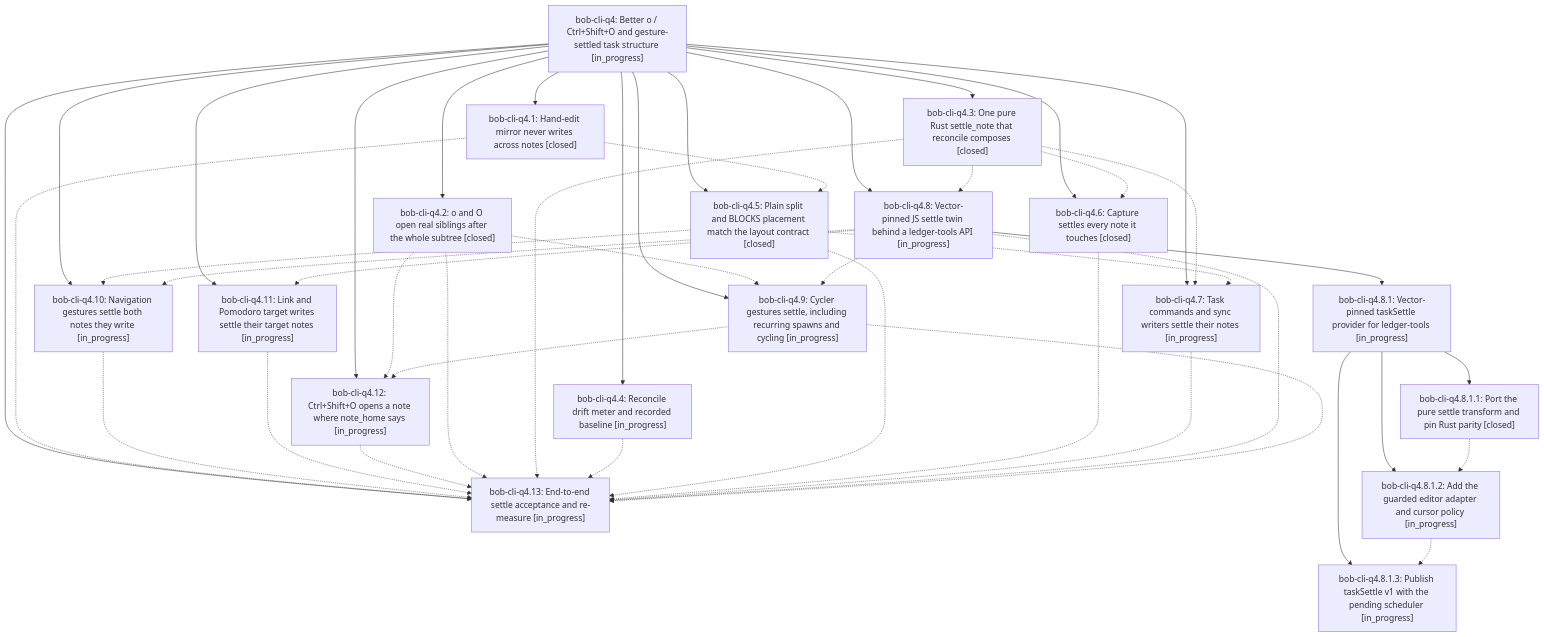
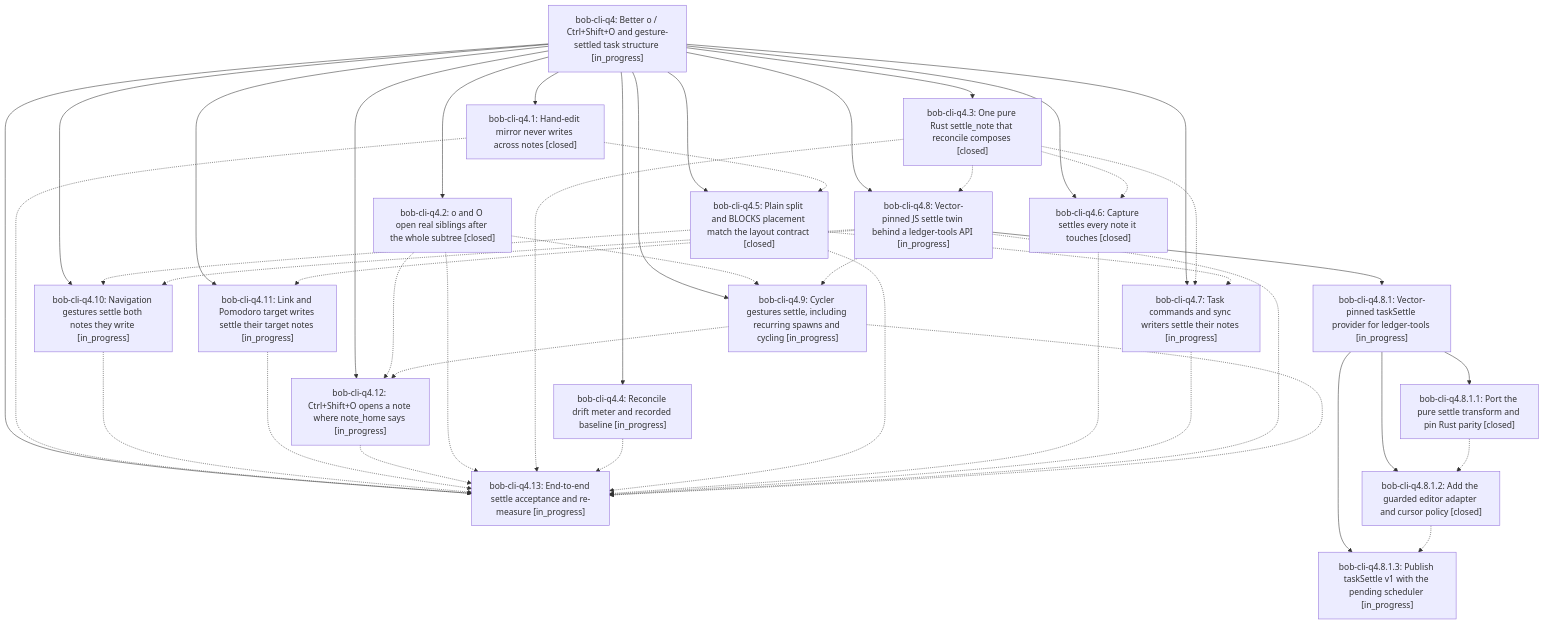
Before and after one commit to bobs-org/bob-cli--beads: the diagram in pages/bob-cli-q4/README.md, drawn with Mermaid. The commit also changed other lines of this file and 4 other files, not shown here.

First line of the commit message:
chore(beads): sync bead state and pages for bob-cli-q4

````diff
--- a/pages/bob-cli-q4/README.md
+++ b/pages/bob-cli-q4/README.md
@@ -48,64 +48,64 @@
 ```mermaid
 flowchart TD
     n0["bob-cli-q4: Better o / Ctrl+Shift+O and gesture-settled task structure [in_progress]"]
     n1["bob-cli-q4.1: Hand-edit mirror never writes across notes [closed]"]
     n2["bob-cli-q4.10: Navigation gestures settle both notes they write [in_progress]"]
     n3["bob-cli-q4.11: Link and Pomodoro target writes settle their target notes [in_progress]"]
     n4["bob-cli-q4.12: Ctrl+Shift+O opens a note where note_home says [in_progress]"]
     n5["bob-cli-q4.13: End-to-end settle acceptance and re-measure [in_progress]"]
     n6["bob-cli-q4.2: o and O open real siblings after the whole subtree [closed]"]
     n7["bob-cli-q4.3: One pure Rust settle_note that reconcile composes [closed]"]
     n8["bob-cli-q4.4: Reconcile drift meter and recorded baseline [in_progress]"]
     n9["bob-cli-q4.5: Plain split and BLOCKS placement match the layout contract [closed]"]
     n10["bob-cli-q4.6: Capture settles every note it touches [closed]"]
     n11["bob-cli-q4.7: Task commands and sync writers settle their notes [in_progress]"]
     n12["bob-cli-q4.8: Vector-pinned JS settle twin behind a ledger-tools API [in_progress]"]
     n13["bob-cli-q4.8.1: Vector-pinned taskSettle provider for ledger-tools [in_progress]"]
     n14["bob-cli-q4.8.1.1: Port the pure settle transform and pin Rust parity [closed]"]
-    n15["bob-cli-q4.8.1.2: Add the guarded editor adapter and cursor policy [in_progress]"]
+    n15["bob-cli-q4.8.1.2: Add the guarded editor adapter and cursor policy [closed]"]
     n16["bob-cli-q4.8.1.3: Publish taskSettle v1 with the pending scheduler [in_progress]"]
     n17["bob-cli-q4.9: Cycler gestures settle, including recurring spawns and cycling [in_progress]"]
     n0 --> n1
     n0 --> n2
     n0 --> n3
     n0 --> n4
     n0 --> n5
     n0 --> n6
     n0 --> n7
     n0 --> n8
     n0 --> n9
     n0 --> n10
     n0 --> n11
     n0 --> n12
     n12 --> n13
     n13 --> n14
     n13 --> n15
     n13 --> n16
     n0 --> n17
     n1 -.-> n5
     n1 -.-> n9
     n2 -.-> n5
     n3 -.-> n5
     n4 -.-> n5
     n6 -.-> n4
     n6 -.-> n5
     n6 -.-> n17
     n7 -.-> n5
     n7 -.-> n10
     n7 -.-> n11
     n7 -.-> n12
     n8 -.-> n5
     n9 -.-> n2
     n9 -.-> n5
     n9 -.-> n11
     n10 -.-> n5
     n11 -.-> n5
     n12 -.-> n2
     n12 -.-> n3
     n12 -.-> n5
     n12 -.-> n17
     n14 -.-> n15
     n15 -.-> n16
     n17 -.-> n4
     n17 -.-> n5
 ```
````
